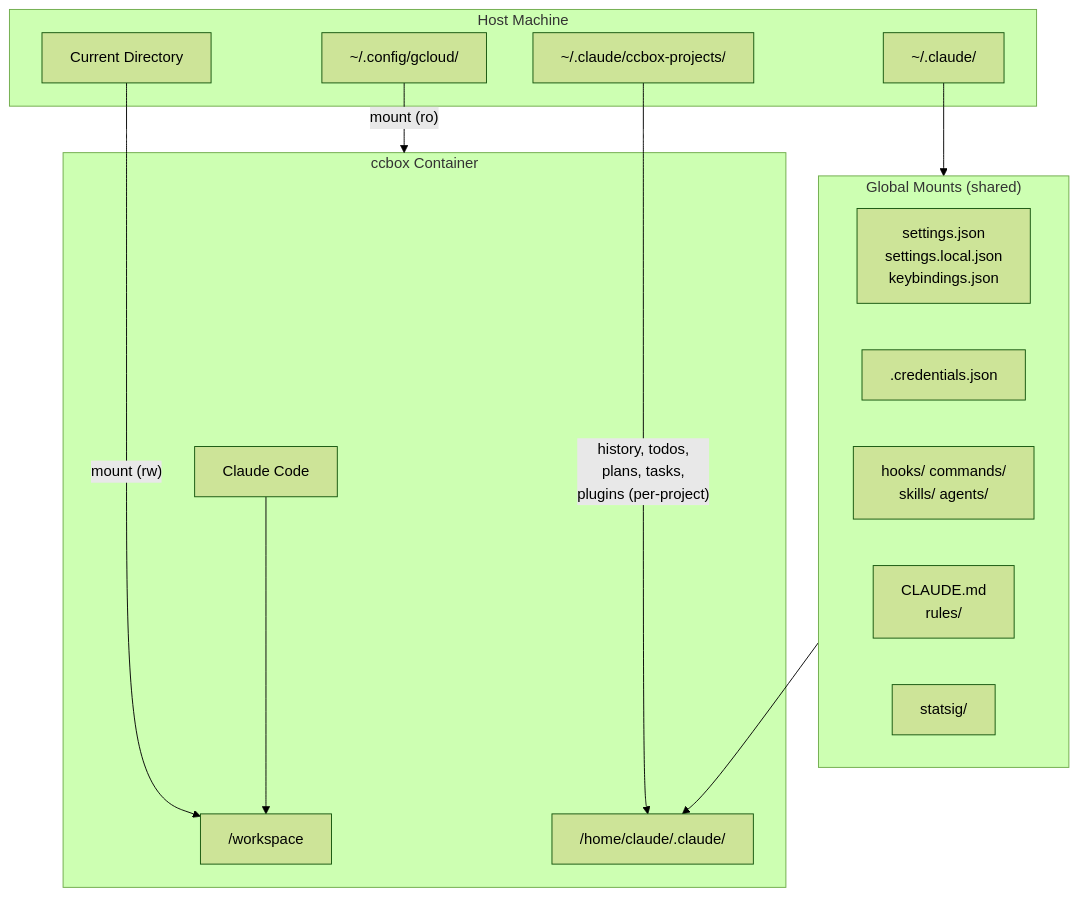
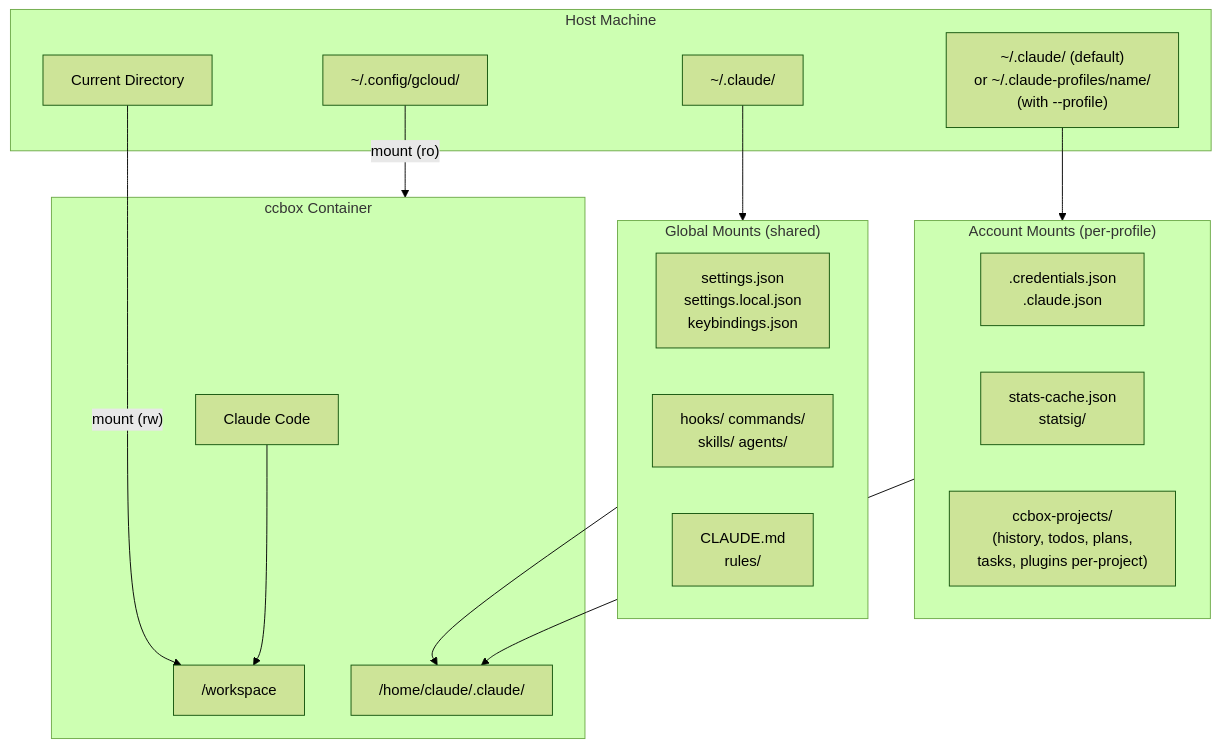
Before and after one commit to guimou/ccbox: the diagram in README.md, drawn with Mermaid (forest theme). The commit also changed other lines of this file and 2 other files, not shown here.

First line of the commit message:
Add --profile flag for per-account state isolation

````diff
--- a/README.md
+++ b/README.md
@@ -212,32 +242,38 @@
 ```mermaid
 flowchart TB
     subgraph Host["Host Machine"]
         CWD["Current Directory"]
         GlobalConfig["~/.claude/"]
-        ProjectData["~/.claude/ccbox-projects/"]
+        AccountData["~/.claude/ (default)<br/>or ~/.claude-profiles/name/<br/>(with --profile)"]
         GCloud["~/.config/gcloud/"]
     end
 
     subgraph Container["ccbox Container"]
         Workspace["/workspace"]
         ClaudeHome["/home/claude/.claude/"]
         ClaudeCode["Claude Code"]
     end
 
     subgraph GlobalMounts["Global Mounts (shared)"]
         direction LR
         Settings["settings.json<br/>settings.local.json<br/>keybindings.json"]
-        Auth[".credentials.json"]
         Extensions["hooks/ commands/<br/>skills/ agents/"]
         Memory["CLAUDE.md<br/>rules/"]
-        Cache["statsig/"]
+    end
+
+    subgraph AccountMounts["Account Mounts (per-profile)"]
+        direction LR
+        Auth[".credentials.json<br/>.claude.json"]
+        Usage["stats-cache.json<br/>statsig/"]
+        ProjectData["ccbox-projects/<br/>(history, todos, plans,<br/>tasks, plugins per-project)"]
     end
 
     CWD -->|"mount (rw)"| Workspace
     GlobalConfig --> GlobalMounts
     GlobalMounts --> ClaudeHome
-    ProjectData -->|"history, todos,<br/>plans, tasks,<br/>plugins (per-project)"| ClaudeHome
+    AccountData --> AccountMounts
+    AccountMounts --> ClaudeHome
     GCloud -->|"mount (ro)"| Container
 
     ClaudeCode --> Workspace
 ```
````
